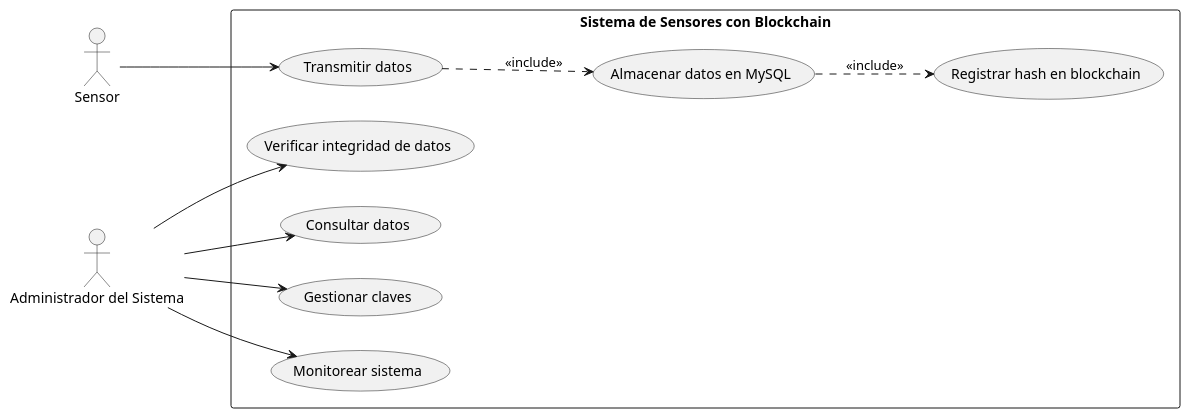
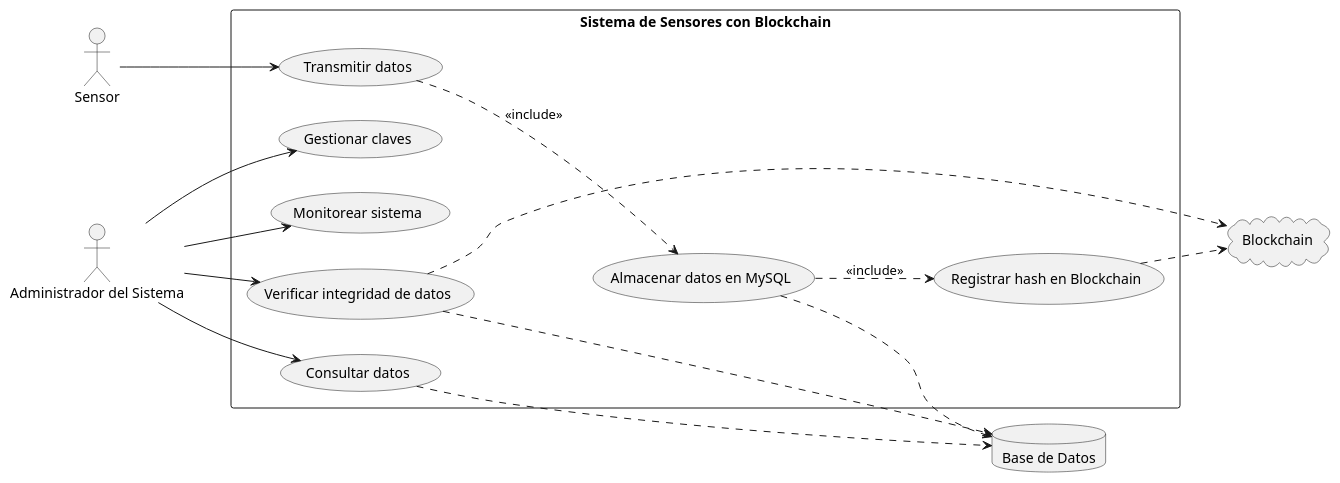
One commit to GSYAtools/ALBA_Blockchain changed the diagram in docs/1_use_case_diagram.puml. Above: the diagram before and after it, drawn with PlantUML.

```diff
--- a/docs/1_use_case_diagram.puml
+++ b/docs/1_use_case_diagram.puml
@@ -1,23 +1,34 @@
 @startuml
 left to right direction
 actor Sensor
 actor "Administrador del Sistema" as Admin
+database "Base de Datos" as DB
+cloud "Blockchain" as Blockchain
 
 rectangle "Sistema de Sensores con Blockchain" {
   usecase "Transmitir datos" as UC1
   usecase "Almacenar datos en MySQL" as UC2
-  usecase "Registrar hash en blockchain" as UC3
+  usecase "Registrar hash en Blockchain" as UC3
   usecase "Verificar integridad de datos" as UC4
   usecase "Consultar datos" as UC5
   usecase "Gestionar claves" as UC6
   usecase "Monitorear sistema" as UC7
 }
 
 Sensor --> UC1
 UC1 ..> UC2 : <<include>>
+UC2 ..> DB
 UC2 ..> UC3 : <<include>>
+UC3 ..> Blockchain
+
 Admin --> UC4
+UC4 ..> Blockchain
+UC4 ..> DB
+
 Admin --> UC5
+UC5 ..> DB
+
 Admin --> UC6
 Admin --> UC7
+
 @enduml
```
